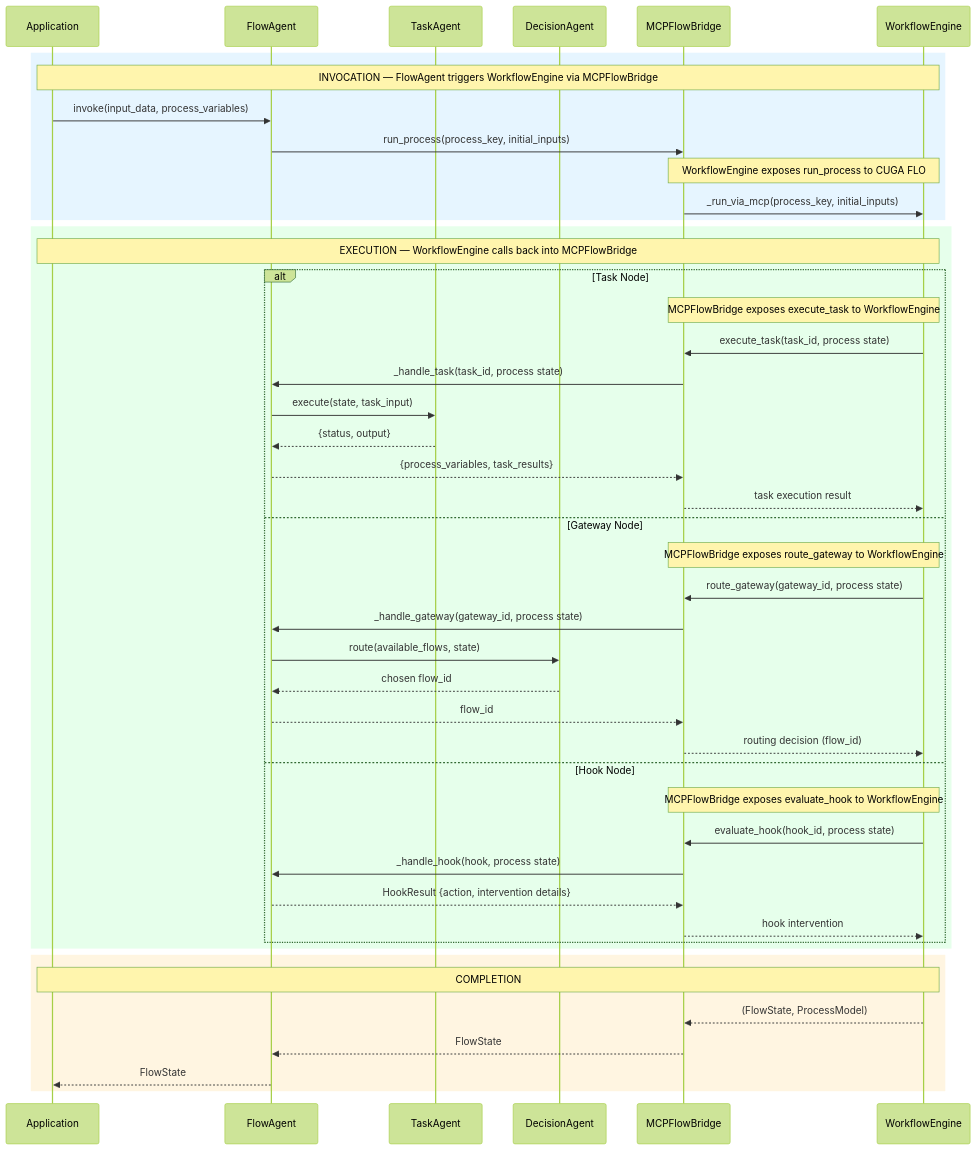
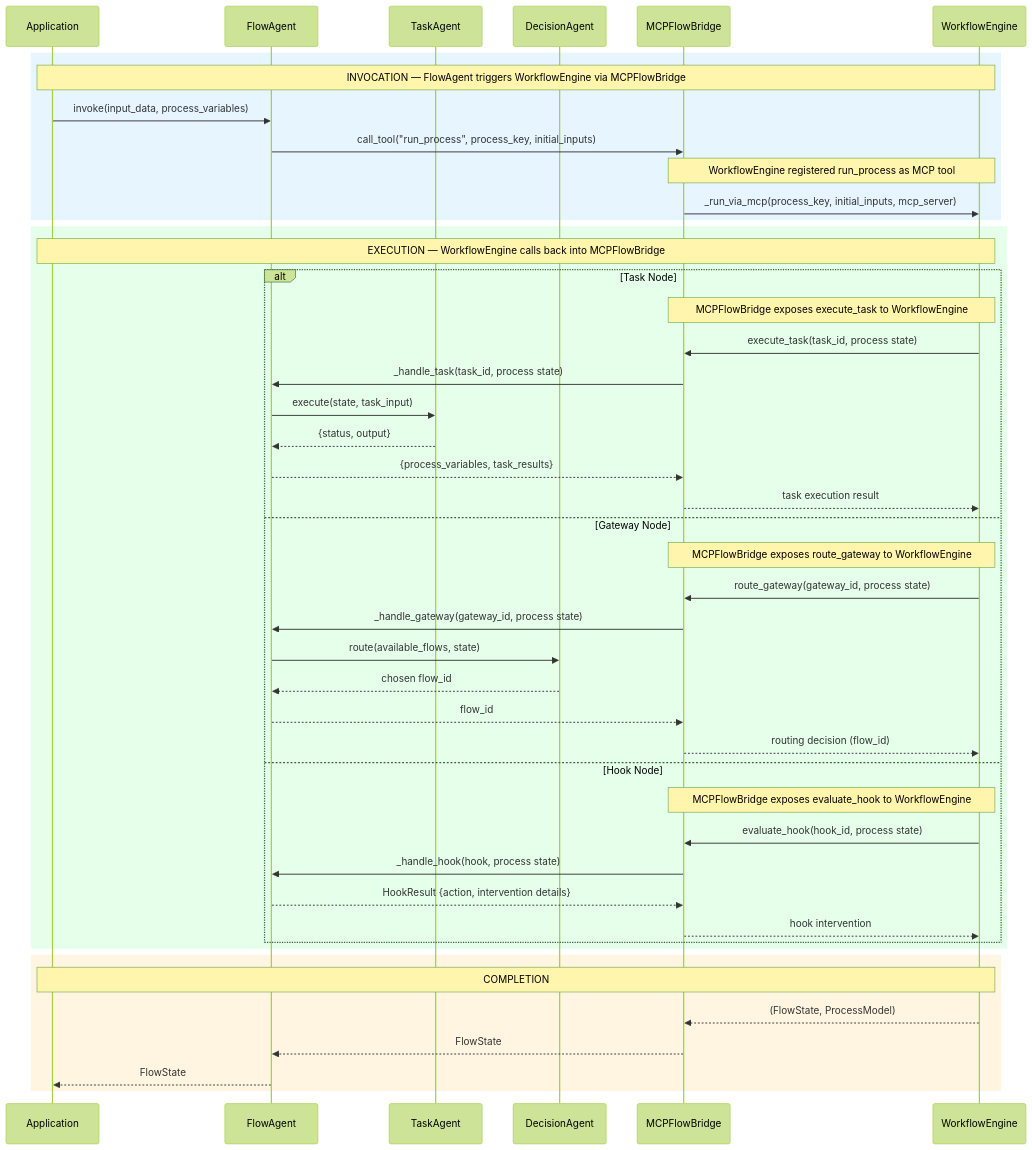
The diagram in docs/diagrams/cuga-flo-high-level-sequence.md (cuga-project/cuga-flo), drawn with Mermaid (forest theme) before and after one commit. The commit also changed other lines of this file, not shown here.

Commit message:
update sequence diagram: run_process via MCP tool, remove REQUEST_USER_INPUT [skip ci]

````diff
--- a/docs/diagrams/cuga-flo-high-level-sequence.md
+++ b/docs/diagrams/cuga-flo-high-level-sequence.md
@@ -3,55 +3,55 @@
 ```mermaid
 sequenceDiagram
     participant App as Application
     participant FA as FlowAgent
     participant TA as TaskAgent
     participant DA as DecisionAgent
     participant Bridge as MCPFlowBridge
     participant WE as WorkflowEngine
 
     rect rgb(230, 245, 255)
         Note over App,WE: INVOCATION — FlowAgent triggers WorkflowEngine via MCPFlowBridge
         App->>FA: invoke(input_data, process_variables)
-        FA->>Bridge: run_process(process_key, initial_inputs)
-        Note over Bridge,WE: WorkflowEngine exposes run_process to CUGA FLO
-        Bridge->>WE: _run_via_mcp(process_key, initial_inputs)
+        FA->>Bridge: call_tool("run_process", process_key, initial_inputs)
+        Note over Bridge,WE: WorkflowEngine registered run_process as MCP tool
+        Bridge->>WE: _run_via_mcp(process_key, initial_inputs, mcp_server)
     end
 
     rect rgb(230, 255, 235)
         Note over App,WE: EXECUTION — WorkflowEngine calls back into MCPFlowBridge
 
         alt Task Node
             Note over Bridge,WE: MCPFlowBridge exposes execute_task to WorkflowEngine
             WE->>Bridge: execute_task(task_id, process state)
             Bridge->>FA: _handle_task(task_id, process state)
             FA->>TA: execute(state, task_input)
             TA-->>FA: {status, output}
             FA-->>Bridge: {process_variables, task_results}
             Bridge-->>WE: task execution result
 
         else Gateway Node
             Note over Bridge,WE: MCPFlowBridge exposes route_gateway to WorkflowEngine
             WE->>Bridge: route_gateway(gateway_id, process state)
             Bridge->>FA: _handle_gateway(gateway_id, process state)
             FA->>DA: route(available_flows, state)
             DA-->>FA: chosen flow_id
             FA-->>Bridge: flow_id
             Bridge-->>WE: routing decision (flow_id)
 
         else Hook Node
             Note over Bridge,WE: MCPFlowBridge exposes evaluate_hook to WorkflowEngine
             WE->>Bridge: evaluate_hook(hook_id, process state)
             Bridge->>FA: _handle_hook(hook, process state)
             FA-->>Bridge: HookResult {action, intervention details}
             Bridge-->>WE: hook intervention
         end
 
     end
 
     rect rgb(255, 245, 225)
         Note over App,WE: COMPLETION
         WE-->>Bridge: (FlowState, ProcessModel)
         Bridge-->>FA: FlowState
         FA-->>App: FlowState
     end
 ```
````
